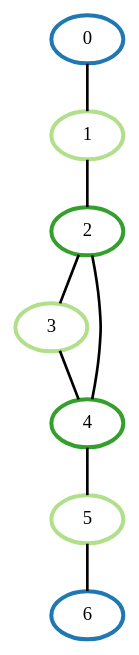
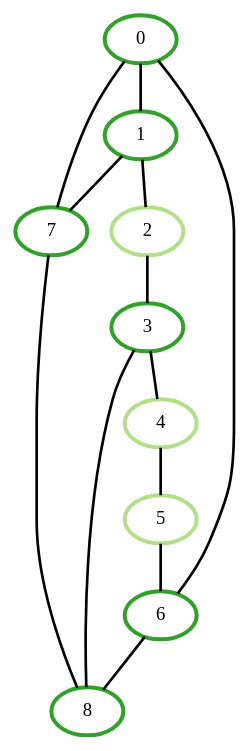
Before and after one commit to RobvEmous/Mod7Group2: the diagram in GI/Results/colorful_0.dot, drawn with Graphviz. The commit also changed 11 other files, not shown here.

```diff
--- a/GI/Results/colorful_0.dot
+++ b/GI/Results/colorful_0.dot
@@ -1,17 +1,24 @@
 graph G {
-    0 [penwidth=3,color=2, colorscheme=paired12]
-    1 [penwidth=3,color=3, colorscheme=paired12]
-    2 [penwidth=3,color=4, colorscheme=paired12]
-    3 [penwidth=3,color=3, colorscheme=paired12]
-    4 [penwidth=3,color=4, colorscheme=paired12]
+    0 [penwidth=3,color=4, colorscheme=paired12]
+    1 [penwidth=3,color=4, colorscheme=paired12]
+    2 [penwidth=3,color=3, colorscheme=paired12]
+    3 [penwidth=3,color=4, colorscheme=paired12]
+    4 [penwidth=3,color=3, colorscheme=paired12]
     5 [penwidth=3,color=3, colorscheme=paired12]
-    6 [penwidth=3,color=2, colorscheme=paired12]
+    6 [penwidth=3,color=4, colorscheme=paired12]
+    7 [penwidth=3,color=4, colorscheme=paired12]
+    8 [penwidth=3,color=4, colorscheme=paired12]
 
+    0--7 [penwidth=2]
+    1--7 [penwidth=2]
+    6--8 [penwidth=2]
+    3--8 [penwidth=2]
+    7--8 [penwidth=2]
     0--1 [penwidth=2]
     1--2 [penwidth=2]
     2--3 [penwidth=2]
     3--4 [penwidth=2]
-    2--4 [penwidth=2]
     4--5 [penwidth=2]
     5--6 [penwidth=2]
+    0--6 [penwidth=2]
 }
```
